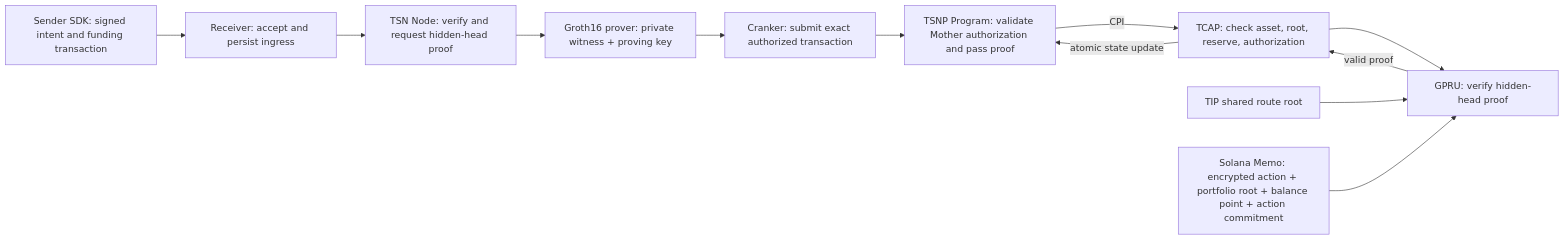
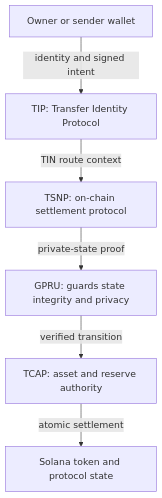
One commit to Trustlink-Labs/TSN-Protocol changed the diagram in tsn-docs/overview/architecture.mdx. Above: the diagram before and after it, drawn with Mermaid. The commit also changed other lines of this file and 82 other files, not shown here.

````diff
--- a/tsn-docs/overview/architecture.mdx
+++ b/tsn-docs/overview/architecture.mdx
@@ -11,14 +10,8 @@
 ```mermaid
-flowchart LR
-    S[Sender SDK: signed intent and funding transaction] --> R[Receiver: accept and persist ingress]
-    R --> N[TSN Node: verify and request hidden-head proof]
-    N --> P[Groth16 prover: private witness + proving key]
-    P --> C[Cranker: submit exact authorized transaction]
-    C --> T[TSNP Program: validate Mother authorization and pass proof]
-    T -->|CPI| TCAP[TCAP: check asset, root, reserve, authorization]
-    TCAP --> G[GPRU: verify hidden-head proof]
-    TIP[TIP shared route root] --> G
-    M[Solana Memo: encrypted action + portfolio root + balance point + action commitment] --> G
-    G -->|valid proof| TCAP
-    TCAP -->|atomic state update| T
+flowchart TD
+    W[Owner or sender wallet] -->|identity and signed intent| I[TIP: Transfer Identity Protocol]
+    I -->|TIN route context| S[TSNP: on-chain settlement protocol]
+    S -->|private-state proof| G[GPRU: guards state integrity and privacy]
+    G -->|verified transition| C[TCAP: asset and reserve authority]
+    C -->|atomic settlement| L[Solana token and protocol state]
 ```
````
